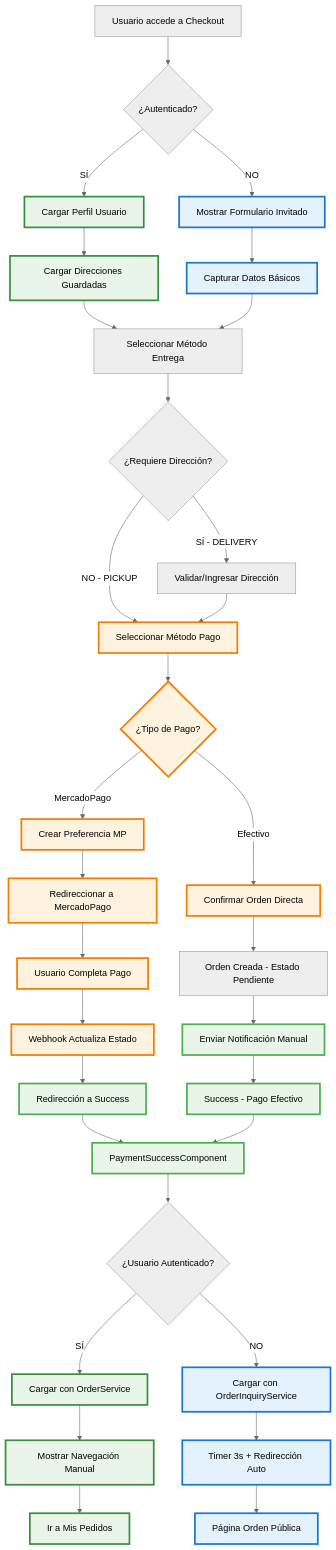
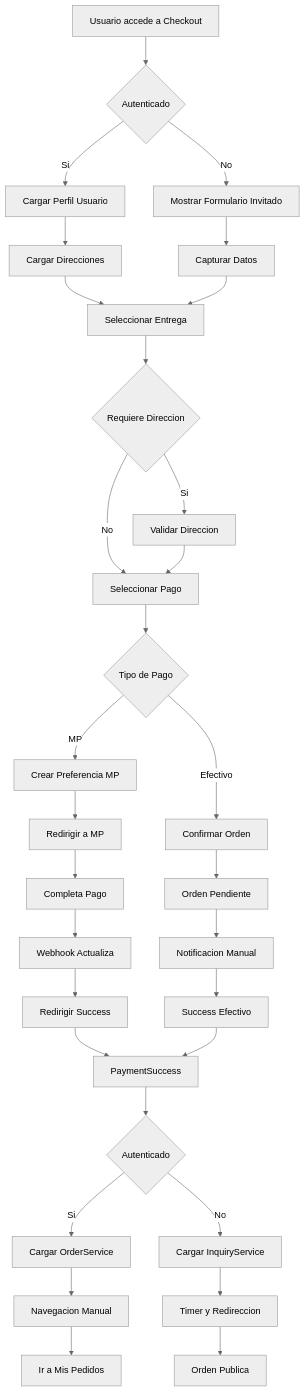
One commit to Ivetta-Luis-Alberto-114588/front-startup changed the third of 16 diagrams in docs_frontend/diagramas-flujo-actualizados.md. Above: the diagram before and after it, drawn with Mermaid (neutral theme). The commit also changed other lines of this file and 7 other files, not shown here.

Commit message:
Add endpoint permissions documentation and update flow diagrams for checkout process

````diff
--- a/docs_frontend/diagramas-flujo-actualizados.md
+++ b/docs_frontend/diagramas-flujo-actualizados.md
@@ -162,44 +117,33 @@
 ```mermaid
 flowchart TD
-    A[Usuario accede a Checkout] --> B{¿Autenticado?}
-    B -->|SÍ| C[Cargar Perfil Usuario]
-    B -->|NO| D[Mostrar Formulario Invitado]
-    C --> E[Cargar Direcciones Guardadas]
-    D --> F[Capturar Datos Básicos]
-    E --> G[Seleccionar Método Entrega]
+    A[Usuario accede a Checkout] --> B{Autenticado}
+    B -->|Si| C[Cargar Perfil Usuario]
+    B -->|No| D[Mostrar Formulario Invitado]
+    C --> E[Cargar Direcciones]
+    D --> F[Capturar Datos]
+    E --> G[Seleccionar Entrega]
     F --> G
-    G --> H{¿Requiere Dirección?}
-    H -->|SÍ - DELIVERY| I[Validar/Ingresar Dirección]
-    H -->|NO - PICKUP| J[Seleccionar Método Pago]
+    G --> H{Requiere Direccion}
+    H -->|Si| I[Validar Direccion]
+    H -->|No| J[Seleccionar Pago]
     I --> J
-    J --> K{¿Tipo de Pago?}
-    K -->|MercadoPago| L[Crear Preferencia MP]
-    K -->|Efectivo| M[Confirmar Orden Directa]
-    L --> N[Redireccionar a MercadoPago]
-    M --> O[Orden Creada - Estado Pendiente]
-    N --> P[Usuario Completa Pago]
-    P --> Q[Webhook Actualiza Estado]
-    Q --> R[Redirección a Success]
-    O --> S[Enviar Notificación Manual]
-    S --> T[Success - Pago Efectivo]
-    R --> U[PaymentSuccessComponent]
+    J --> K{Tipo de Pago}
+    K -->|MP| L[Crear Preferencia MP]
+    K -->|Efectivo| M[Confirmar Orden]
+    L --> N[Redirigir a MP]
+    M --> O[Orden Pendiente]
+    N --> P[Completa Pago]
+    P --> Q[Webhook Actualiza]
+    Q --> R[Redirigir Success]
+    O --> S[Notificacion Manual]
+    S --> T[Success Efectivo]
+    R --> U[PaymentSuccess]
     T --> U
-    U --> V{¿Usuario Autenticado?}
-    V -->|SÍ| W[Cargar con OrderService]
-    V -->|NO| X[Cargar con OrderInquiryService]
-    W --> Y[Mostrar Navegación Manual]
-    X --> Z[Timer 3s + Redirección Auto]
-    Z --> AA[Página Orden Pública]
+    U --> V{Autenticado}
+    V -->|Si| W[Cargar OrderService]
+    V -->|No| X[Cargar InquiryService]
+    W --> Y[Navegacion Manual]
+    X --> Z[Timer y Redireccion]
+    Z --> AA[Orden Publica]
     Y --> BB[Ir a Mis Pedidos]
-
-    %% Estilos modernos mejorados
-    classDef guestFlow fill:#e3f2fd,stroke:#1976d2,stroke-width:3px,color:#000
-    classDef authFlow fill:#e8f5e8,stroke:#388e3c,stroke-width:3px,color:#000
-    classDef paymentFlow fill:#fff3e0,stroke:#f57c00,stroke-width:3px,color:#000
-    classDef successFlow fill:#e8f5e8,stroke:#4caf50,stroke-width:3px,color:#000
-
-    class D,F,X,Z,AA guestFlow
-    class C,E,W,Y,BB authFlow
-    class J,K,L,M,N,P,Q paymentFlow
-    class U,T,R,S successFlow
 ```
````
